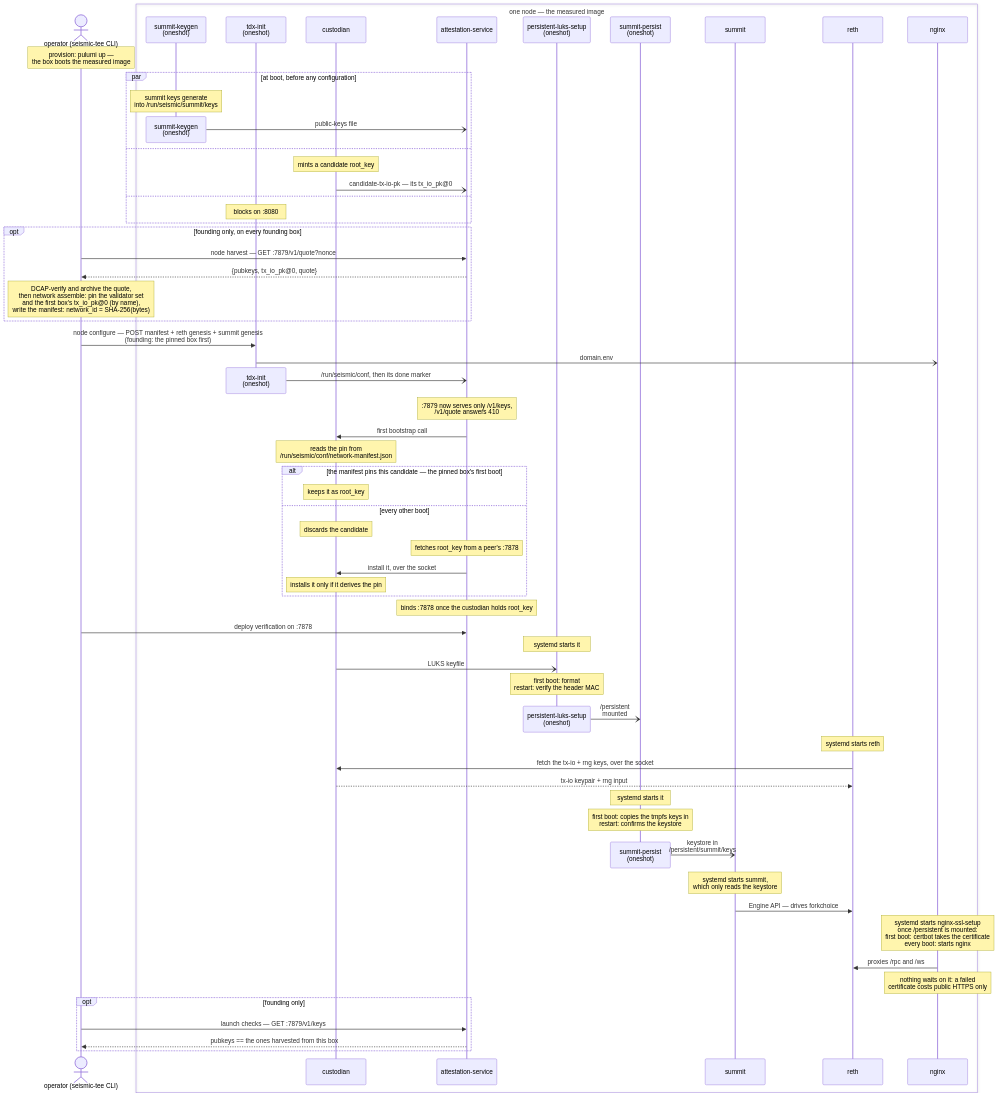
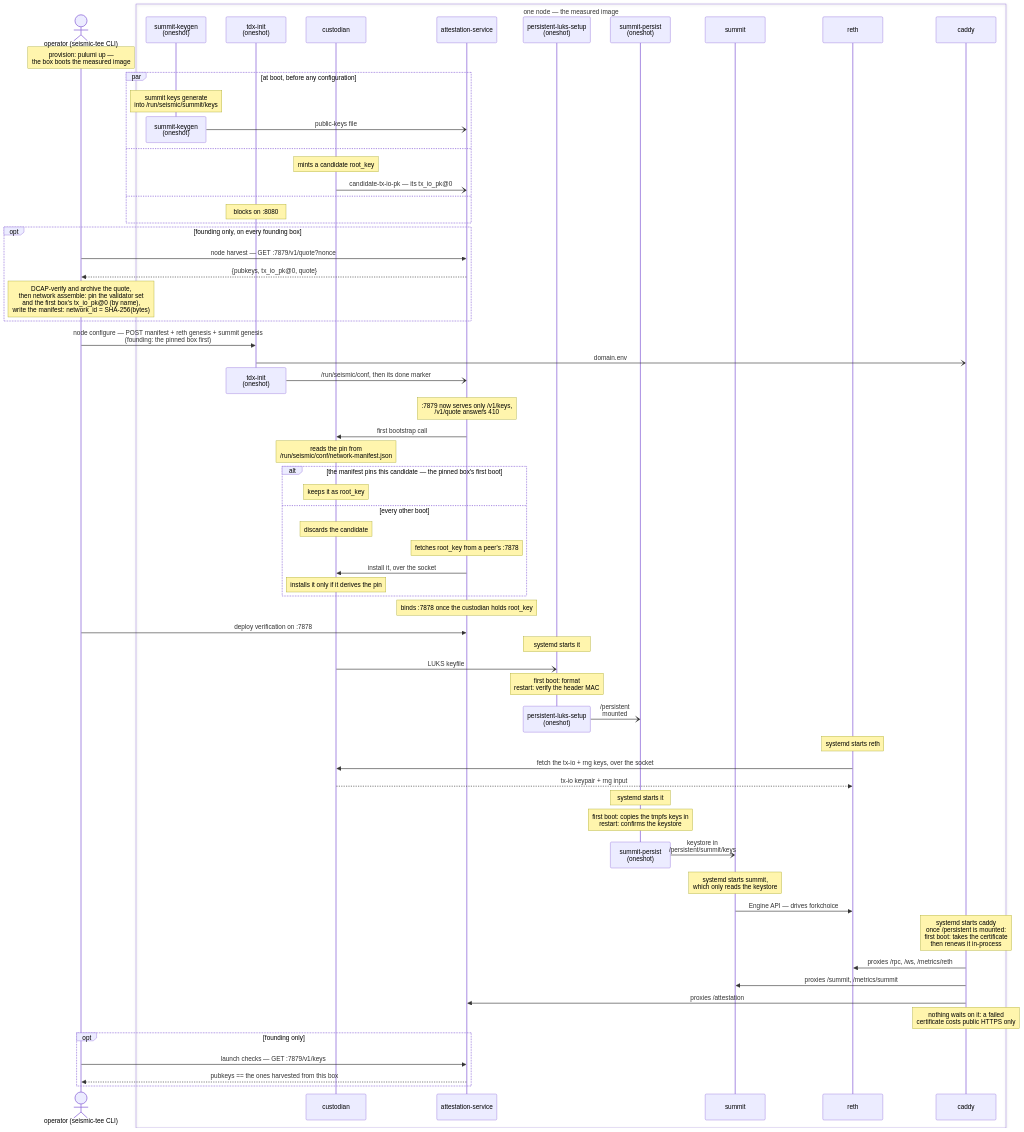
The first of 2 diagrams in docs/tee/architecture.md (SeismicSystems/seismic), drawn with Mermaid before and after one commit. The commit also changed other lines of this file and 7 other files, not shown here.

First line of the commit message:
docs(tee): the node's public proxy is an unprivileged Caddy (#375)

````diff
--- a/docs/tee/architecture.md
+++ b/docs/tee/architecture.md
@@ -152,73 +152,75 @@
 ```mermaid
 sequenceDiagram
     actor O as operator (seismic-tee CLI)
     box one node — the measured image
         participant KG as summit-keygen<br/>(oneshot)
         participant TI as tdx-init<br/>(oneshot)
         participant CU as custodian
         participant AS as attestation-service
         participant LK as persistent-luks-setup<br/>(oneshot)
         participant SP as summit-persist<br/>(oneshot)
         participant SU as summit
         participant RE as reth
-        participant NG as nginx
+        participant CA as caddy
     end
 
     Note over O: provision: pulumi up —<br/>the box boots the measured image
     par at boot, before any configuration
         Note over KG: summit keys generate<br/>into /run/seismic/summit/keys
         destroy KG
         KG-)AS: public-keys file
     and
         Note over CU: mints a candidate root_key
         CU-)AS: candidate-tx-io-pk — its tx_io_pk@0
     and
         Note over TI: blocks on :8080
     end
 
     opt founding only, on every founding box
         O->>AS: node harvest — GET :7879/v1/quote?nonce
         AS-->>O: {pubkeys, tx_io_pk@0, quote}
         Note over O: DCAP-verify and archive the quote,<br/>then network assemble: pin the validator set<br/>and the first box's tx_io_pk@0 (by name),<br/>write the manifest: network_id = SHA-256(bytes)
     end
 
     O->>TI: node configure — POST manifest + reth genesis + summit genesis<br/>(founding: the pinned box first)
-    TI-)NG: domain.env
+    TI-)CA: domain.env
     destroy TI
     TI-)AS: /run/seismic/conf, then its done marker
     Note over AS: :7879 now serves only /v1/keys,<br/>/v1/quote answers 410
     AS->>CU: first bootstrap call
     Note over CU: reads the pin from<br/>/run/seismic/conf/network-manifest.json
     alt the manifest pins this candidate — the pinned box's first boot
         Note over CU: keeps it as root_key
     else every other boot
         Note over CU: discards the candidate
         Note over AS: fetches root_key from a peer's :7878
         AS->>CU: install it, over the socket
         Note over CU: installs it only if it derives the pin
     end
     Note over AS: binds :7878 once the custodian holds root_key
     O->>AS: deploy verification on :7878
     Note over LK: systemd starts it
     CU-)LK: LUKS keyfile
     Note over LK: first boot: format<br/>restart: verify the header MAC
     destroy LK
     LK-)SP: /persistent<br/>mounted
     Note over RE: systemd starts reth
     RE->>CU: fetch the tx-io + rng keys, over the socket
     CU-->>RE: tx-io keypair + rng input
     Note over SP: systemd starts it
     Note over SP: first boot: copies the tmpfs keys in<br/>restart: confirms the keystore
     destroy SP
     SP-)SU: keystore in<br/>/persistent/summit/keys
     Note over SU: systemd starts summit,<br/>which only reads the keystore
     SU->>RE: Engine API — drives forkchoice
-    Note over NG: systemd starts nginx-ssl-setup<br/>once /persistent is mounted:<br/>first boot: certbot takes the certificate<br/>every boot: starts nginx
-    NG->>RE: proxies /rpc and /ws
-    Note over NG: nothing waits on it: a failed<br/>certificate costs public HTTPS only
+    Note over CA: systemd starts caddy<br/>once /persistent is mounted:<br/>first boot: takes the certificate<br/>then renews it in-process
+    CA->>RE: proxies /rpc, /ws, /metrics/reth
+    CA->>SU: proxies /summit, /metrics/summit
+    CA->>AS: proxies /attestation
+    Note over CA: nothing waits on it: a failed<br/>certificate costs public HTTPS only
 
     opt founding only
         O->>AS: launch checks — GET :7879/v1/keys
         AS-->>O: pubkeys == the ones harvested from this box
     end
 ```
````
